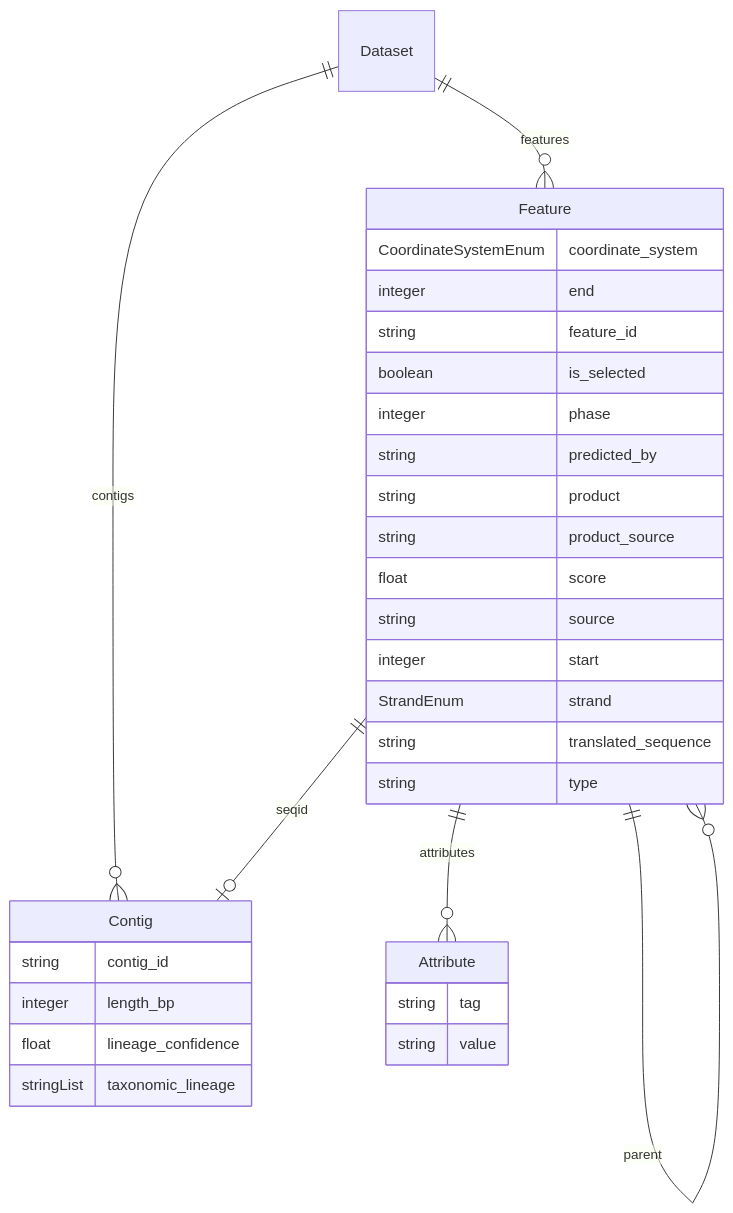
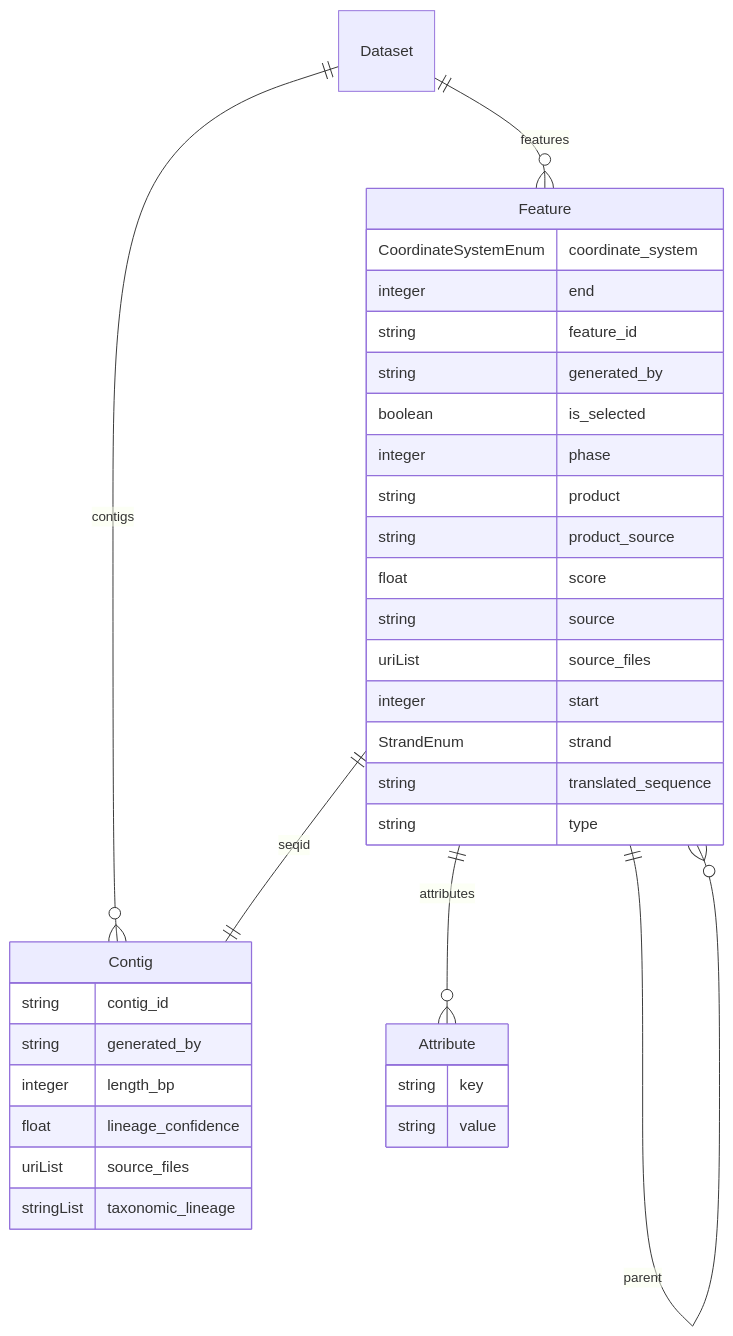
One commit to turbomam/feature-table-corpus changed the diagram in docs/schema-diagram.md. Above: the diagram before and after it, drawn with Mermaid. The commit also changed other lines of this file and 21 other files, not shown here.

````diff
--- a/docs/schema-diagram.md
+++ b/docs/schema-diagram.md
@@ -7,38 +7,41 @@
 ```mermaid
 erDiagram
 Attribute {
-    string tag
+    string key
     string value
 }
 Contig {
     string contig_id
+    string generated_by
     integer length_bp
     float lineage_confidence
+    uriList source_files
     stringList taxonomic_lineage
 }
 Dataset {
 
 }
 Feature {
     CoordinateSystemEnum coordinate_system
     integer end
     string feature_id
+    string generated_by
     boolean is_selected
     integer phase
-    string predicted_by
     string product
     string product_source
     float score
     string source
+    uriList source_files
     integer start
     StrandEnum strand
     string translated_sequence
     string type
 }
 
 Dataset ||--}o Contig : "contigs"
 Dataset ||--}o Feature : "features"
-Feature ||--|o Contig : "seqid"
+Feature ||--|| Contig : "seqid"
 Feature ||--}o Attribute : "attributes"
 Feature ||--}o Feature : "parent"
 ```
````
